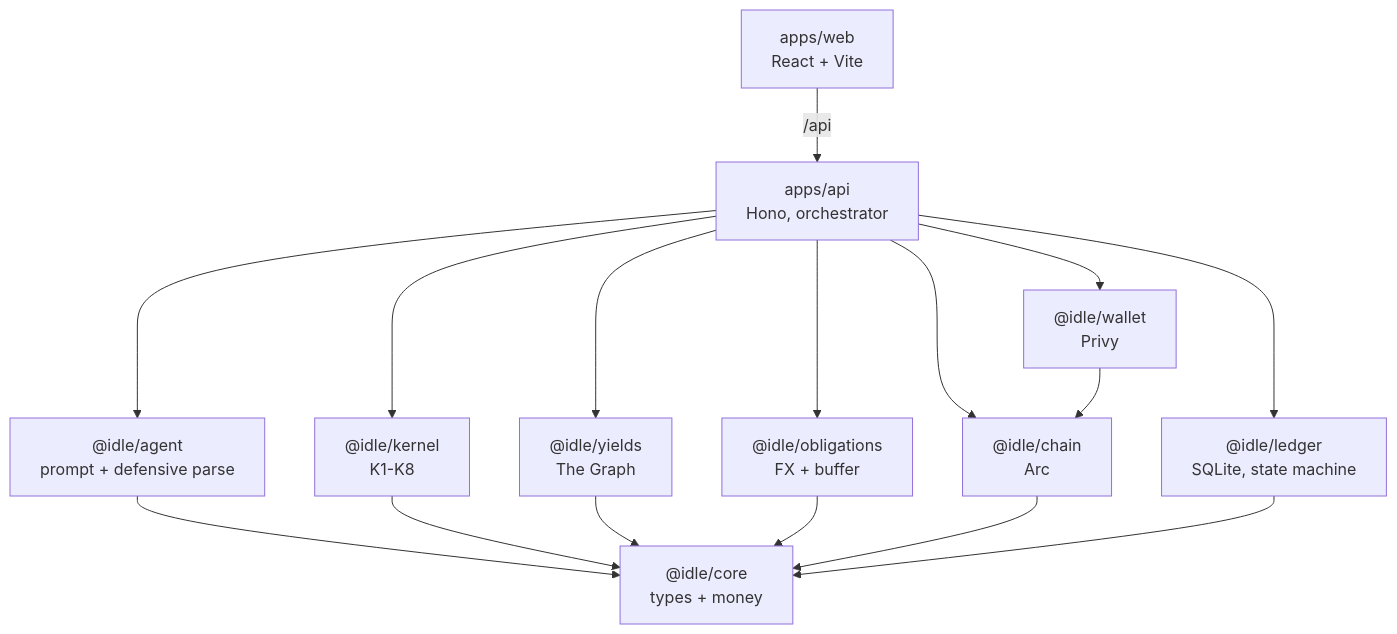
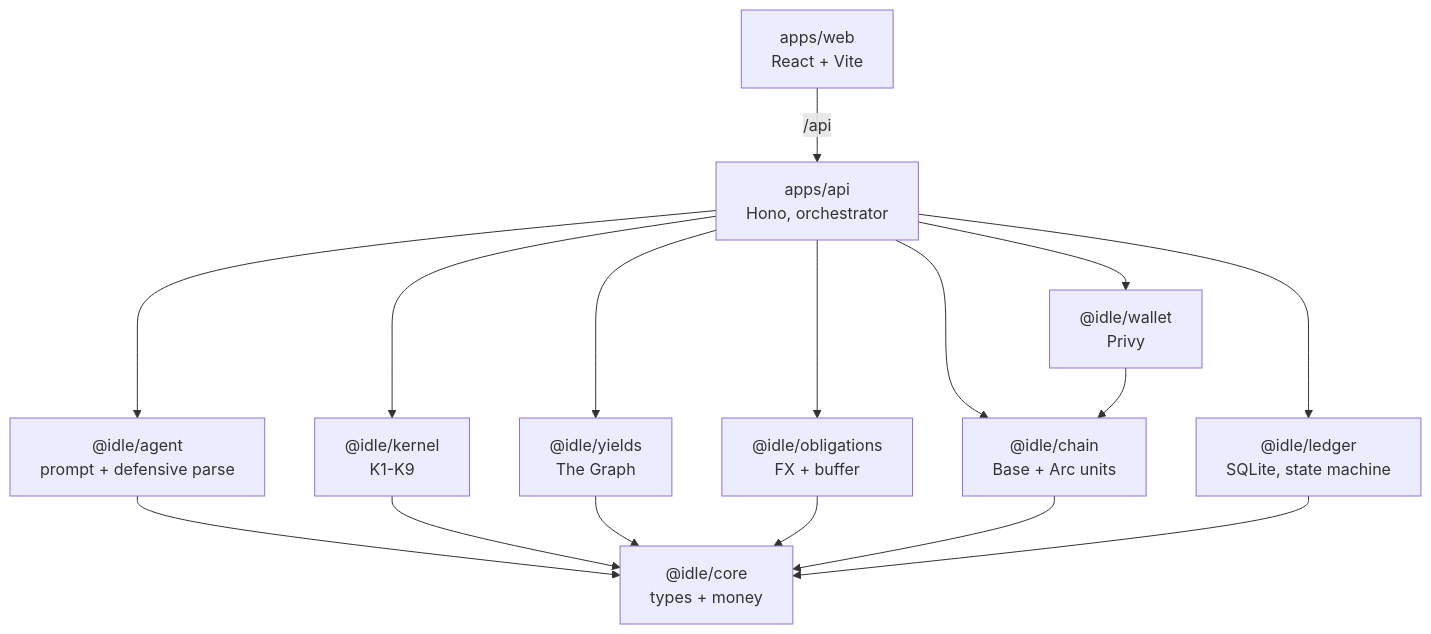
Before and after one commit to PhantomOz/idle-capital: the third of 5 diagrams in docs/architecture.md, drawn with Mermaid. The commit also changed other lines of this file and 2 other files, not shown here.

````diff
--- a/docs/architecture.md
+++ b/docs/architecture.md
@@ -137,19 +137,19 @@
 ```mermaid
 flowchart TD
     web["apps/web<br/>React + Vite"] -->|"/api"| api
     api["apps/api<br/>Hono, orchestrator"] --> kernel
     api --> agent
     api --> ledger
     api --> yields
     api --> wallet
     api --> chain
     api --> obligations
     agent["@idle/agent<br/>prompt + defensive parse"] --> core
-    kernel["@idle/kernel<br/>K1-K8"] --> core
+    kernel["@idle/kernel<br/>K1-K9"] --> core
     yields["@idle/yields<br/>The Graph"] --> core
     obligations["@idle/obligations<br/>FX + buffer"] --> core
     wallet["@idle/wallet<br/>Privy"] --> chain
-    chain["@idle/chain<br/>Arc"] --> core
+    chain["@idle/chain<br/>Base + Arc units"] --> core
     ledger["@idle/ledger<br/>SQLite, state machine"] --> core
     core["@idle/core<br/>types + money"]
 ```
````
